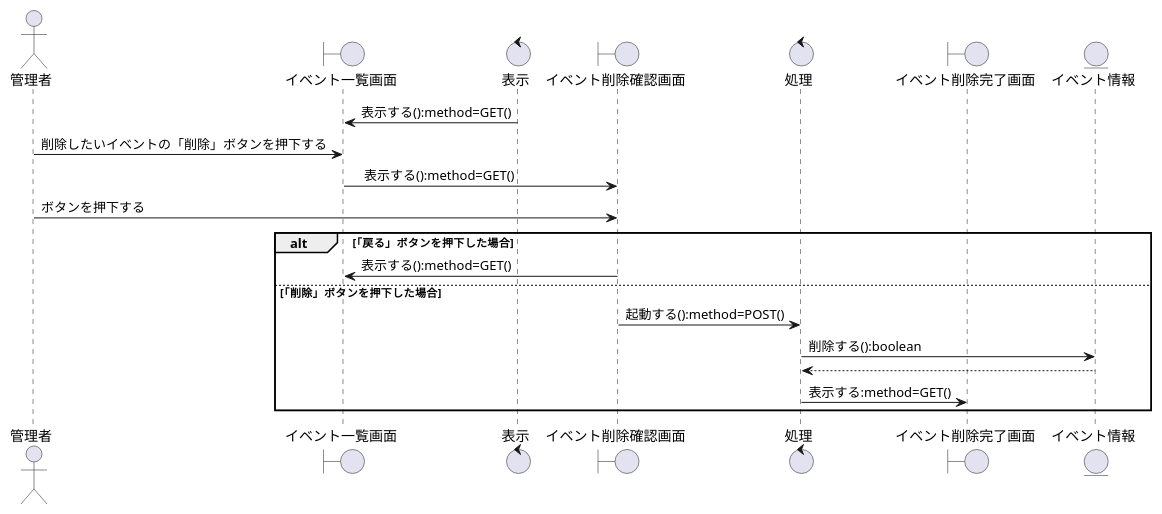
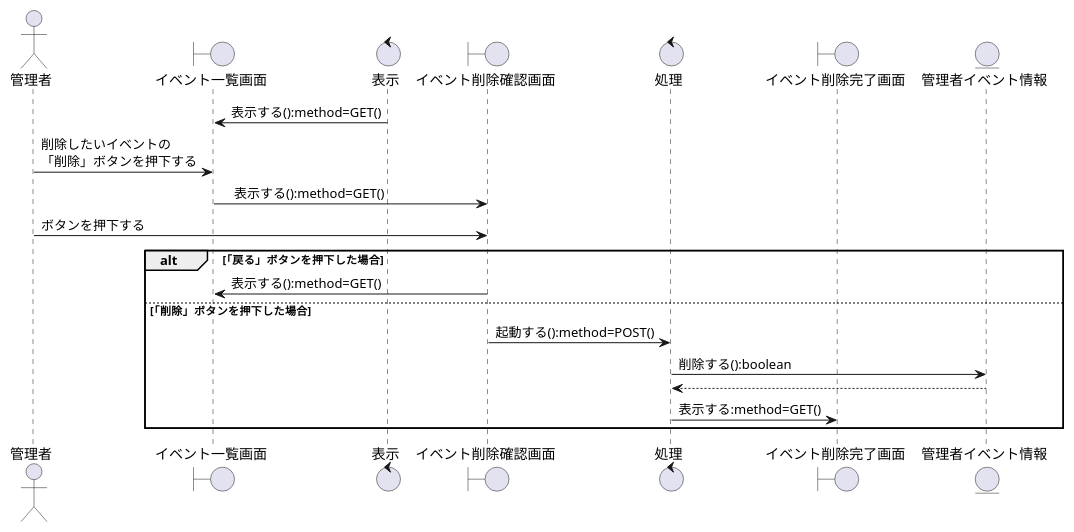
Before and after one commit to K-Rinrin/GroupE: the diagram in お城/お城/設計書/シーケンス図/管理者/イベント情報機能/シーケンス図_管理者がイベント情報を削除する.pu, drawn with PlantUML. The commit also changed 9 other files, not shown here.

```diff
--- a/お城/お城/設計書/シーケンス図/管理者/イベント情報機能/シーケンス図_管理者がイベント情報を削除する.pu
+++ b/お城/お城/設計書/シーケンス図/管理者/イベント情報機能/シーケンス図_管理者がイベント情報を削除する.pu
@@ -1,35 +1,35 @@
 @startuml 管理者がイベント情報を削除する
 
 
 ' ========================================
 ' 登場モノの定義
 ' ========================================
 actor "管理者" as Admin
 boundary "イベント一覧画面" as b1
 control "表示" as c1
 boundary "イベント削除確認画面" as b2
 control "処理" as c2
 boundary "イベント削除完了画面" as b3
-entity "イベント情報" as e1
+entity "管理者イベント情報" as e1
 
 ' ========================================
 ' シーケンスの流れ
 ' ========================================
 
 c1 -> b1 : 表示する():method=GET()
-Admin -> b1 : 削除したいイベントの「削除」ボタンを押下する
+Admin -> b1 : 削除したいイベントの\n「削除」ボタンを押下する
 b1 -> b2 :　表示する():method=GET()
 Admin -> b2 : ボタンを押下する
 
 alt 「戻る」ボタンを押下した場合
     b2 -> b1 : 表示する():method=GET()
 else 「削除」ボタンを押下した場合
     b2 -> c2 : 起動する():method=POST()
     c2 -> e1 : 削除する():boolean
     e1 --> c2
     c2 -> b3 : 表示する:method=GET()
 end
 
 
 
 @enduml
```
